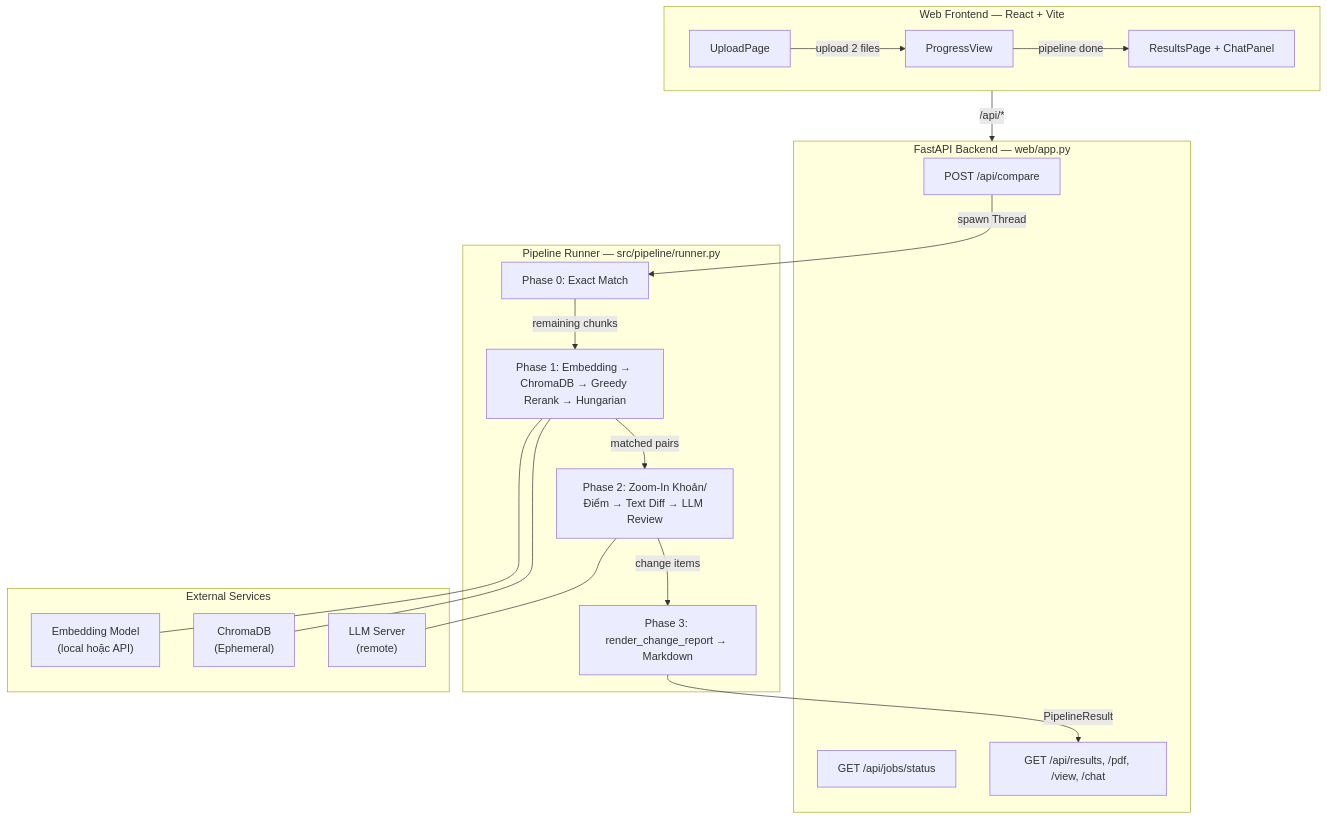
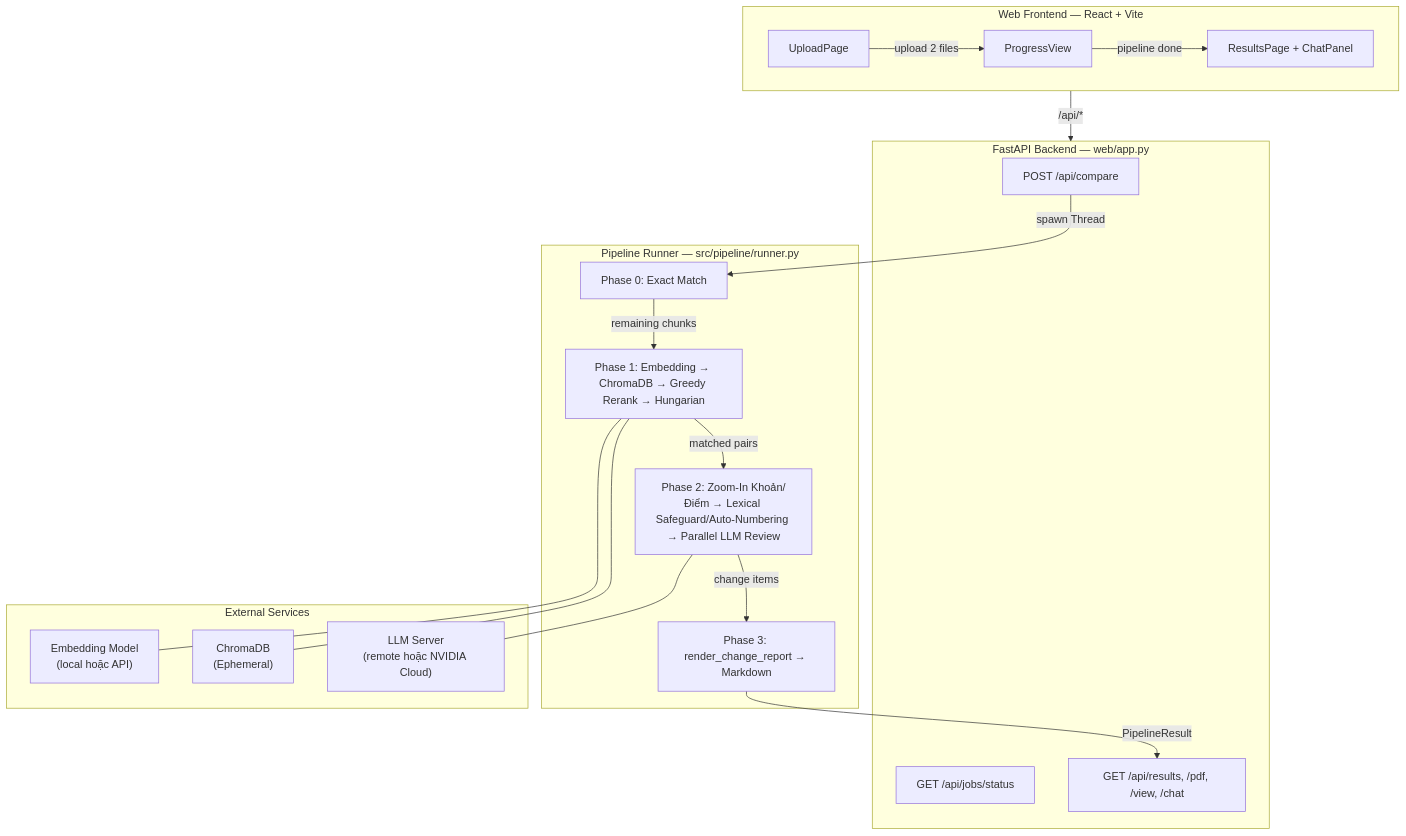
The diagram in README.md (haiphong-0132/legal-doc-diff-rag), drawn with Mermaid before and after one commit. The commit also changed other lines of this file and 1 other file, not shown here.

````diff
--- a/README.md
+++ b/README.md
@@ -396,39 +404,39 @@
 ```mermaid
 graph TD
     subgraph Frontend["Web Frontend — React + Vite"]
         UP["UploadPage"]
         PV["ProgressView"]
         RP["ResultsPage + ChatPanel"]
         UP -->|upload 2 files| PV
         PV -->|pipeline done| RP
     end
 
     subgraph Backend["FastAPI Backend — web/app.py"]
         COMPARE["POST /api/compare"]
         STATUS["GET /api/jobs/status"]
         RESULTS["GET /api/results, /pdf, /view, /chat"]
     end
 
     subgraph Pipeline["Pipeline Runner — src/pipeline/runner.py"]
         P0["Phase 0: Exact Match"]
         P1["Phase 1: Embedding → ChromaDB → Greedy Rerank → Hungarian"]
-        P2["Phase 2: Zoom-In Khoản/Điểm → Text Diff → LLM Review"]
+        P2["Phase 2: Zoom-In Khoản/Điểm → Lexical Safeguard/Auto-Numbering → Parallel LLM Review"]
         P3["Phase 3: render_change_report → Markdown"]
         P0 -->|remaining chunks| P1
         P1 -->|matched pairs| P2
         P2 -->|change items| P3
     end
 
     subgraph Services["External Services"]
         EMB["Embedding Model\n(local hoặc API)"]
         CHROMA["ChromaDB\n(Ephemeral)"]
-        LLM["LLM Server\n(remote)"]
+        LLM["LLM Server\n(remote hoặc NVIDIA Cloud)"]
     end
 
     Frontend -->|/api/*| Backend
     COMPARE -->|spawn Thread| P0
     P1 --- EMB
     P1 --- CHROMA
     P2 --- LLM
     P3 -->|PipelineResult| RESULTS
 ```
````
